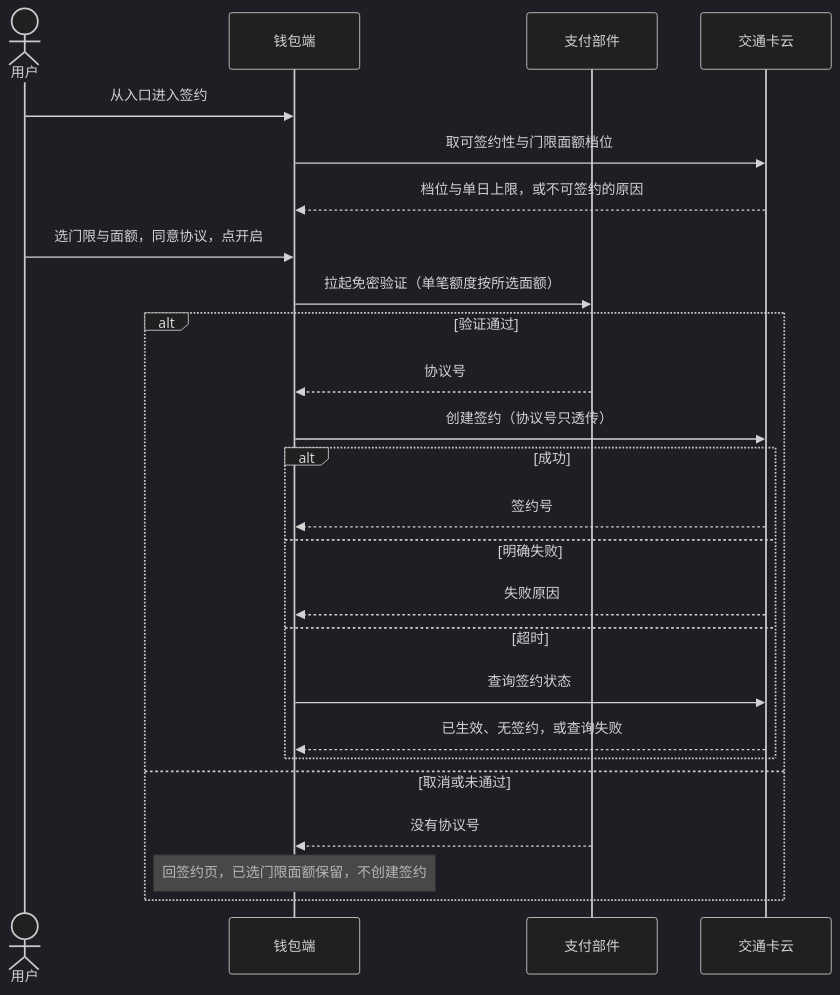
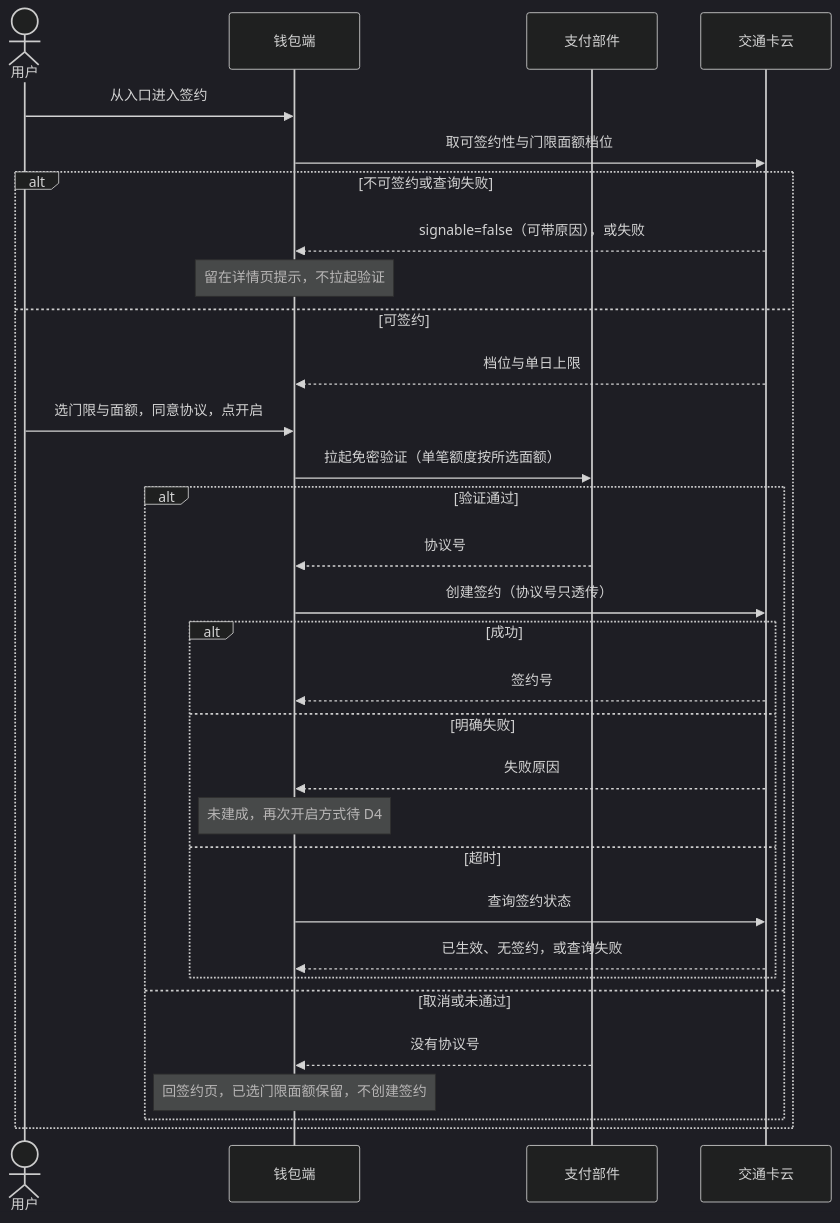
The second of 6 diagrams in doc/plan/1.9.9/金样候选/auto-topup/AR/story.md (sqsqsq/SimulatedWalletForHmos), drawn with Mermaid (dark theme) before and after one commit. The commit also changed other lines of this file and 20 other files, not shown here.

````diff
--- a/doc/plan/1.9.9/金样候选/auto-topup/AR/story.md
+++ b/doc/plan/1.9.9/金样候选/auto-topup/AR/story.md
@@ -181,27 +196,33 @@
 ```mermaid
 sequenceDiagram
   actor U as 用户
   participant W as 钱包端
   participant P as 支付部件
   participant C as 交通卡云
   U->>W: 从入口进入签约
   W->>C: 取可签约性与门限面额档位
-  C-->>W: 档位与单日上限，或不可签约的原因
-  U->>W: 选门限与面额，同意协议，点开启
-  W->>P: 拉起免密验证（单笔额度按所选面额）
-  alt 验证通过
-    P-->>W: 协议号
-    W->>C: 创建签约（协议号只透传）
-    alt 成功
-      C-->>W: 签约号
-    else 明确失败
-      C-->>W: 失败原因
-    else 超时
-      W->>C: 查询签约状态
-      C-->>W: 已生效、无签约，或查询失败
+  alt 不可签约或查询失败
+    C-->>W: signable=false（可带原因），或失败
+    Note over W: 留在详情页提示，不拉起验证
+  else 可签约
+    C-->>W: 档位与单日上限
+    U->>W: 选门限与面额，同意协议，点开启
+    W->>P: 拉起免密验证（单笔额度按所选面额）
+    alt 验证通过
+      P-->>W: 协议号
+      W->>C: 创建签约（协议号只透传）
+      alt 成功
+        C-->>W: 签约号
+      else 明确失败
+        C-->>W: 失败原因
+        Note over W: 未建成，再次开启方式待 D4
+      else 超时
+        W->>C: 查询签约状态
+        C-->>W: 已生效、无签约，或查询失败
+      end
+    else 取消或未通过
+      P-->>W: 没有协议号
+      Note over W: 回签约页，已选门限面额保留，不创建签约
     end
-  else 取消或未通过
-    P-->>W: 没有协议号
-    Note over W: 回签约页，已选门限面额保留，不创建签约
   end
 ```
````
